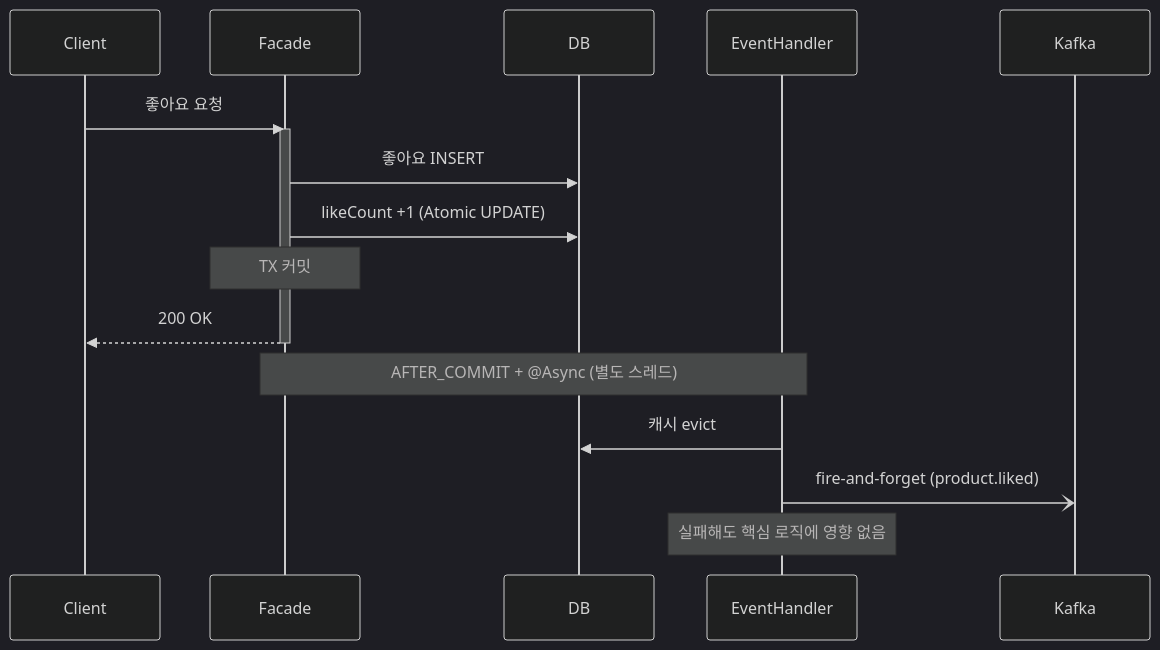
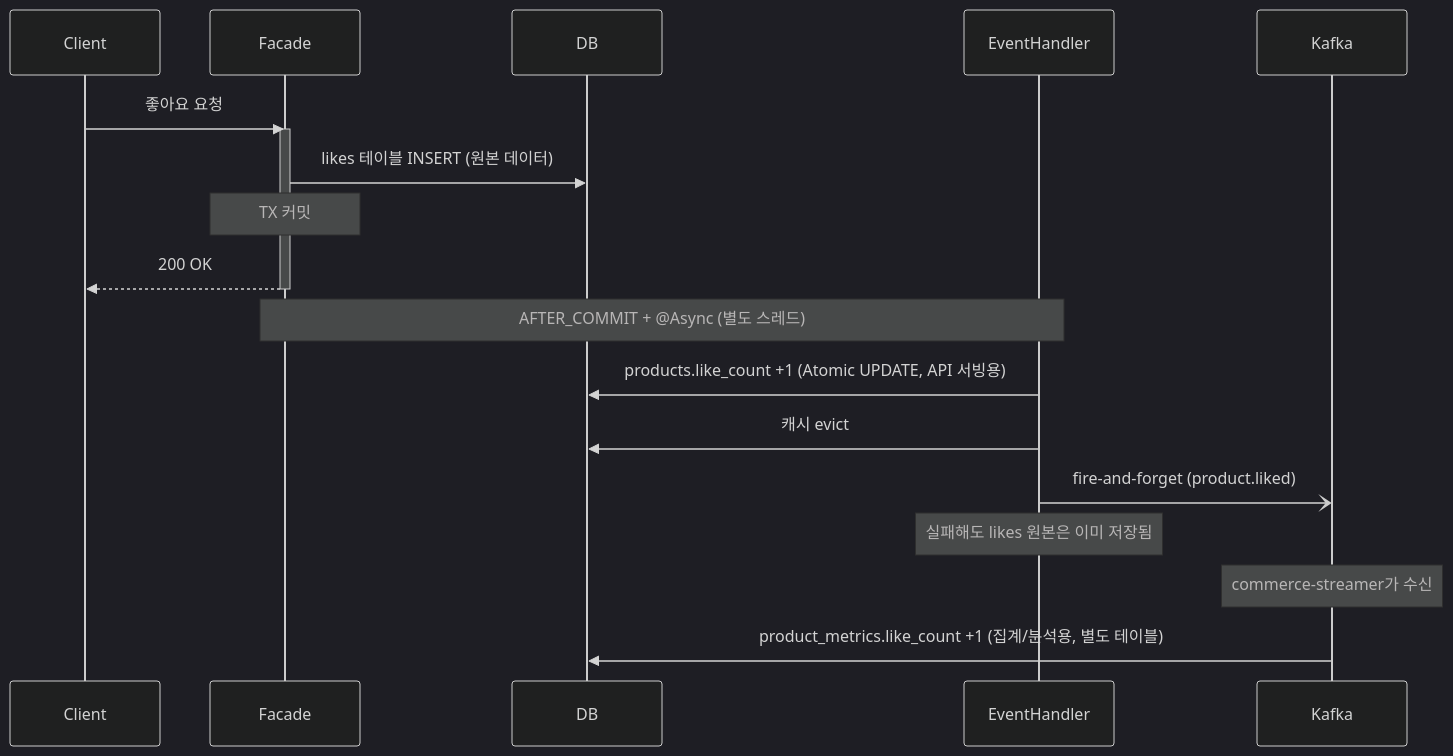
The second of 15 diagrams in PR.md (Loopers-dev-lab/loop-pack-be-l2-vol3-java), drawn with Mermaid (dark theme) before and after one commit. The commit also changed other lines of this file and 1 other file, not shown here.

First line of the commit message:
fix: Kafka Consumer 설정 현재 트래픽 기준 조정 + PR 문서 피드백 반영

````diff
--- a/PR.md
+++ b/PR.md
@@ -90,21 +90,24 @@
 ```mermaid
 sequenceDiagram
     participant Client
     participant Facade
     participant DB
     participant EventHandler
     participant Kafka
 
     Client->>Facade: 좋아요 요청
     activate Facade
-    Facade->>DB: 좋아요 INSERT
-    Facade->>DB: likeCount +1 (Atomic UPDATE)
+    Facade->>DB: likes 테이블 INSERT (원본 데이터)
     Note over Facade: TX 커밋
     Facade-->>Client: 200 OK
     deactivate Facade
 
     Note over Facade,EventHandler: AFTER_COMMIT + @Async (별도 스레드)
+    EventHandler->>DB: products.like_count +1 (Atomic UPDATE, API 서빙용)
     EventHandler->>DB: 캐시 evict
     EventHandler-)Kafka: fire-and-forget (product.liked)
-    Note over EventHandler: 실패해도 핵심 로직에 영향 없음
+    Note over EventHandler: 실패해도 likes 원본은 이미 저장됨
+
+    Note over Kafka: commerce-streamer가 수신
+    Kafka->>DB: product_metrics.like_count +1 (집계/분석용, 별도 테이블)
 ```
````
